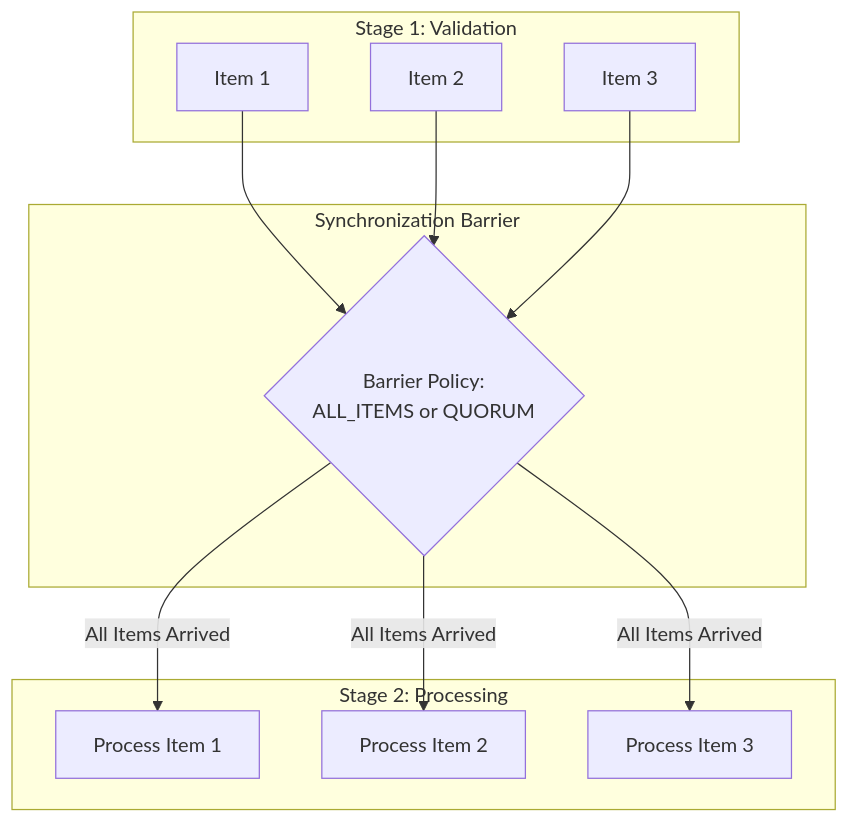
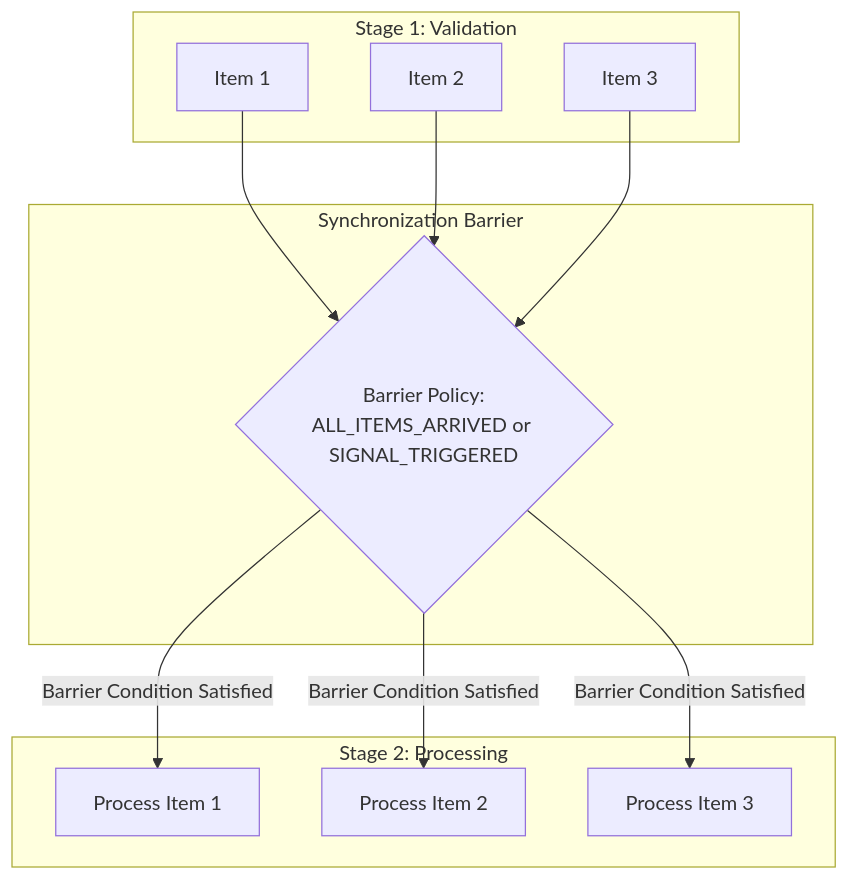
One commit to f442y/dispersion changed the third of 3 diagrams in docs/saga-orchestration-and-batching.md. Above: the diagram before and after it, drawn with Mermaid. The commit also changed other lines of this file and 16 other files, not shown here.

````diff
--- a/docs/saga-orchestration-and-batching.md
+++ b/docs/saga-orchestration-and-batching.md
@@ -194,21 +194,21 @@
 ```mermaid
 graph TD
     subgraph BatchStage1["Stage 1: Validation"]
         I1["Item 1"]
         I2["Item 2"]
         I3["Item 3"]
     end
 
     subgraph Barrier["Synchronization Barrier"]
-        BP{"Barrier Policy:<br/>ALL_ITEMS or QUORUM"}
+        BP{"Barrier Policy:<br/>ALL_ITEMS_ARRIVED or SIGNAL_TRIGGERED"}
     end
 
     subgraph BatchStage2["Stage 2: Processing"]
         P1["Process Item 1"]
         P2["Process Item 2"]
         P3["Process Item 3"]
     end
 
     I1 & I2 & I3 --> BP
-    BP -->|"All Items Arrived"| P1 & P2 & P3
+    BP -->|"Barrier Condition Satisfied"| P1 & P2 & P3
 ```
````
